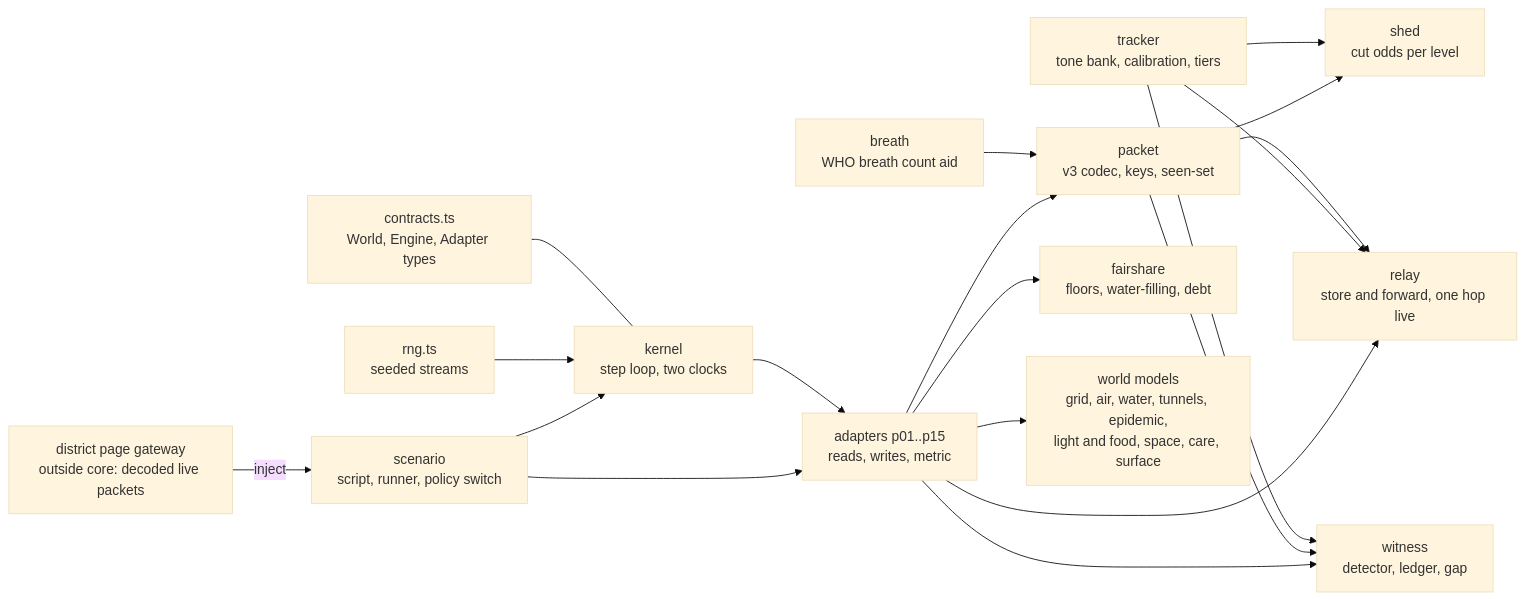
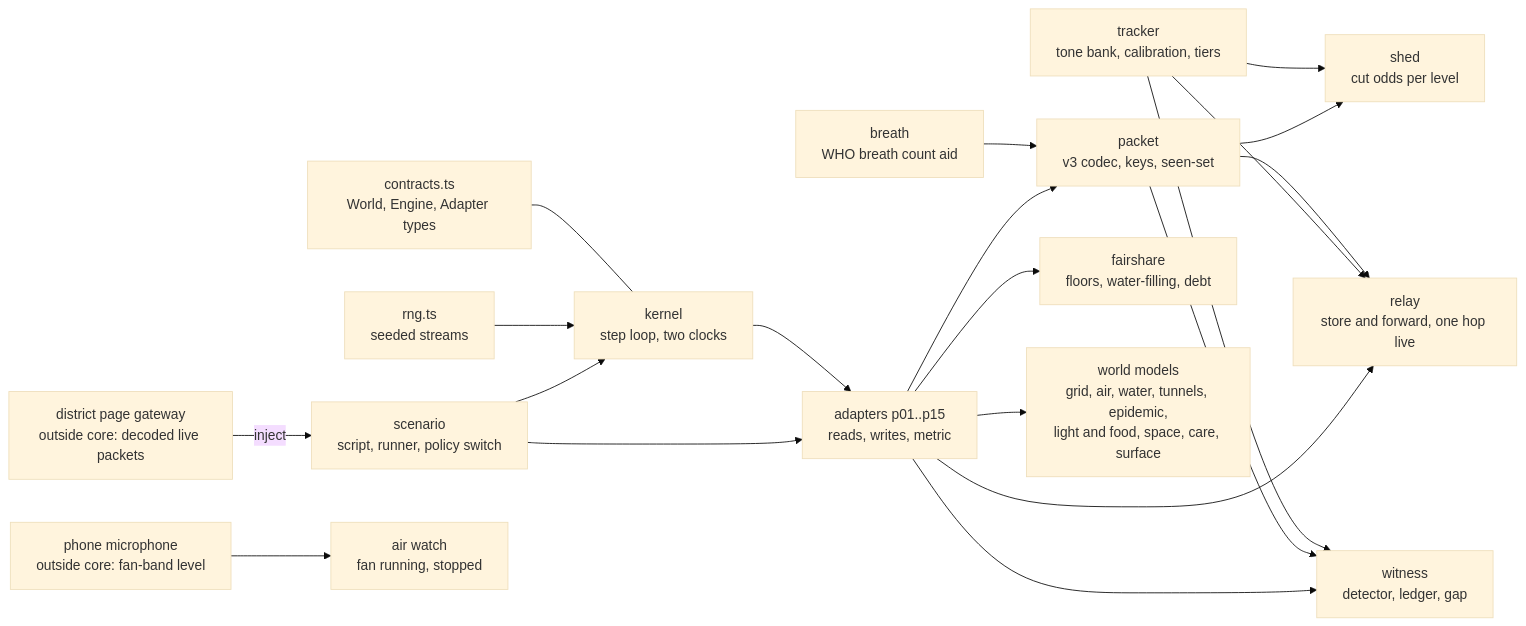
One commit to royalgillz/stratum changed the diagram in docs/high-level-design.md. Above: the diagram before and after it, drawn with Mermaid (base theme). The commit also changed other lines of this file and 72 other files, not shown here.

````diff
--- a/docs/high-level-design.md
+++ b/docs/high-level-design.md
@@ -44,21 +46,22 @@
 ```mermaid
 flowchart LR
   C[contracts.ts<br/>World, Engine, Adapter types] --- K
   R[rng.ts<br/>seeded streams] --> K[kernel<br/>step loop, two clocks]
   T[tracker<br/>tone bank, calibration, tiers] --> W[witness<br/>detector, ledger, gap]
   P[packet<br/>v3 codec, keys, seen-set] --> W
   T --> S[shed<br/>cut odds per level]
   P --> S
   P --> RL[relay<br/>store and forward, one hop live]
   T --> RL
   B[breath<br/>WHO breath count aid] --> P
   K --> A[adapters p01..p15<br/>reads, writes, metric]
   A --> W
   A --> F[fairshare<br/>floors, water-filling, debt]
   A --> P
   A --> RL
   A --> WM[world models<br/>grid, air, water, tunnels, epidemic,<br/>light and food, space, care, surface]
   SC[scenario<br/>script, runner, policy switch] --> K
   SC --> A
   G[district page gateway<br/>outside core: decoded live packets] -->|inject| SC
+  M[phone microphone<br/>outside core: fan-band level] --> AW[air watch<br/>fan running, stopped]
 ```
````
